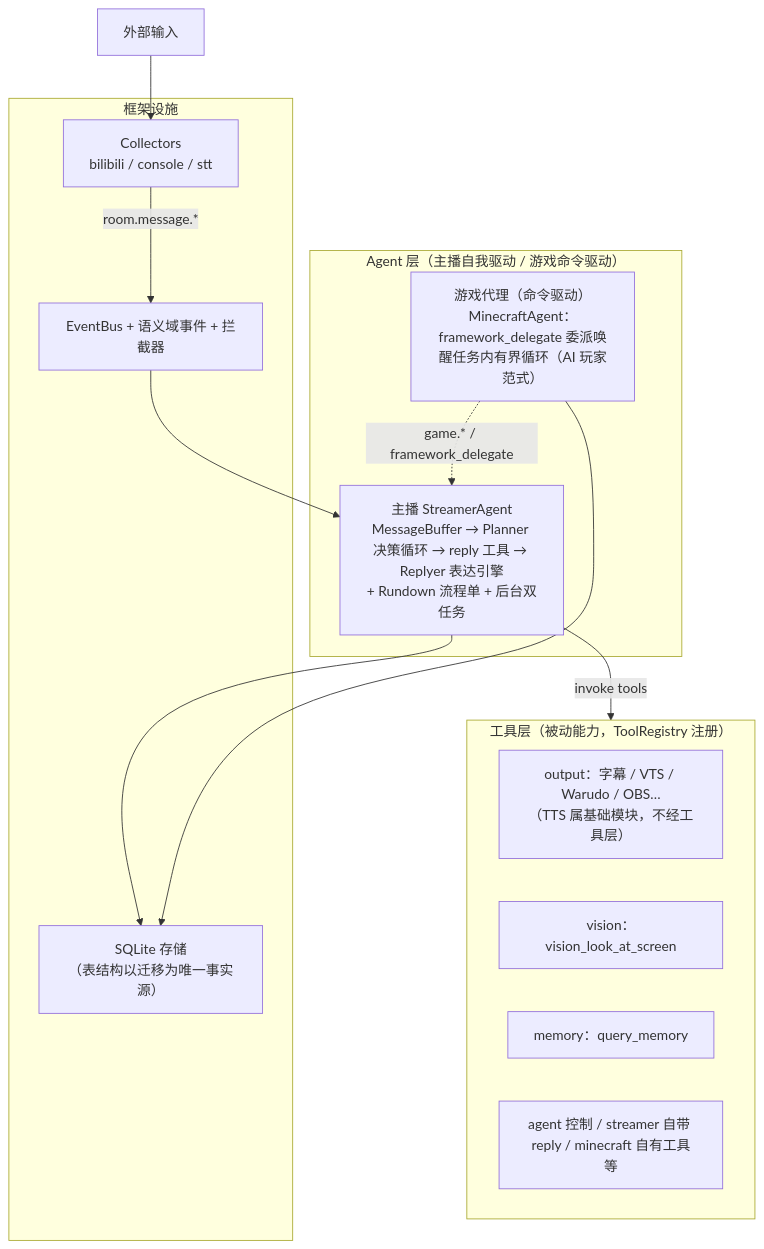
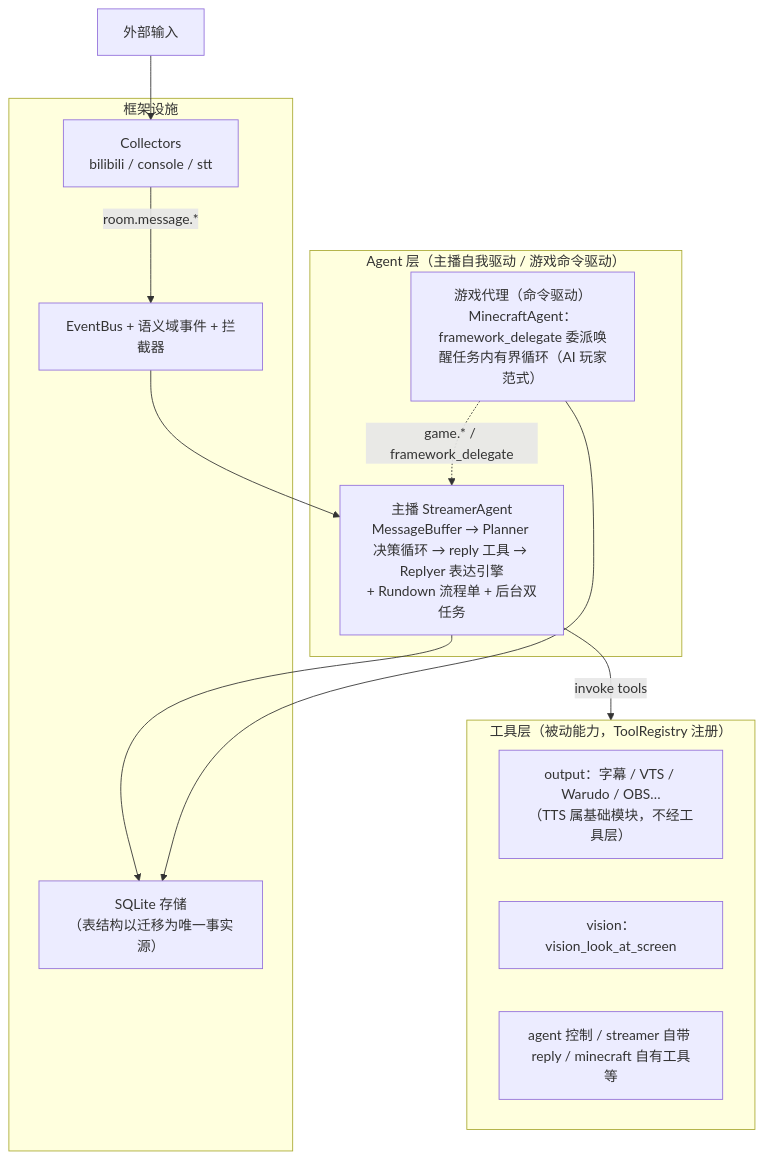
The diagram in docs/architecture/v2-architecture.md (Mai-with-u/Amaidesu), drawn with Mermaid before and after one commit. The commit also changed other lines of this file and 15 other files, not shown here.

````diff
--- a/docs/architecture/v2-architecture.md
+++ b/docs/architecture/v2-architecture.md
@@ -84,23 +84,22 @@
 ```mermaid
 flowchart TB
     subgraph Agents["Agent 层（主播自我驱动 / 游戏命令驱动）"]
         SA["主播 StreamerAgent<br/>MessageBuffer → Planner 决策循环 → reply 工具 → Replyer 表达引擎<br/>+ Rundown 流程单 + 后台双任务"]
         GA["游戏代理（命令驱动）<br/>MinecraftAgent：framework_delegate 委派唤醒任务内有界循环（AI 玩家范式）"]
     end
     subgraph Tools["工具层（被动能力，ToolRegistry 注册）"]
         T1["output：字幕 / VTS / Warudo / OBS…<br/>（TTS 属基础模块，不经工具层）"]
         T2["vision：vision_look_at_screen"]
-        T3["memory：query_memory"]
         T4["agent 控制 / streamer 自带 reply / minecraft 自有工具等"]
     end
     subgraph Infra["框架设施"]
         COL["Collectors<br/>bilibili / console / stt"]
         BUS["EventBus + 语义域事件 + 拦截器"]
         STO["SQLite 存储<br/>（表结构以迁移为唯一事实源）"]
     end
     EXT["外部输入"] --> COL -->|"room.message.*"| BUS
     BUS --> SA
     GA -.->|"game.* / framework_delegate"| SA
     SA -->|"invoke tools"| Tools
     SA & GA --> STO
 ```
````
